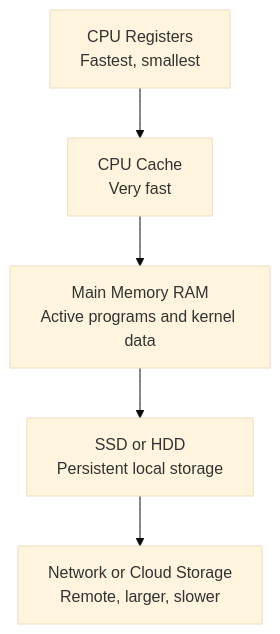
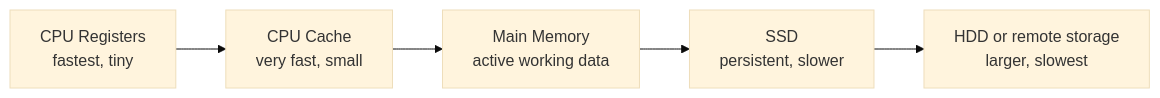
The third of 3 diagrams in outputs/markdown/day-02-computer-system-architecture-for-os.md (Harsh16Bhardwaj/learnOS), drawn with Mermaid (base theme) before and after one commit. The commit also changed other lines of this file and 131 other files, not shown here.

````diff
--- a/outputs/markdown/day-02-computer-system-architecture-for-os.md
+++ b/outputs/markdown/day-02-computer-system-architecture-for-os.md
@@ -160,7 +160,7 @@
 ```mermaid
-flowchart TD
-    R["CPU Registers<br/>Fastest, smallest"] --> C["CPU Cache<br/>Very fast"]
-    C --> M["Main Memory RAM<br/>Active programs and kernel data"]
-    M --> S["SSD or HDD<br/>Persistent local storage"]
-    S --> N["Network or Cloud Storage<br/>Remote, larger, slower"]
+flowchart LR
+    Registers[CPU Registers<br/>fastest, tiny] --> Cache[CPU Cache<br/>very fast, small]
+    Cache --> RAM[Main Memory<br/>active working data]
+    RAM --> SSD[SSD<br/>persistent, slower]
+    SSD --> HDD[HDD or remote storage<br/>larger, slowest]
 ```
````
